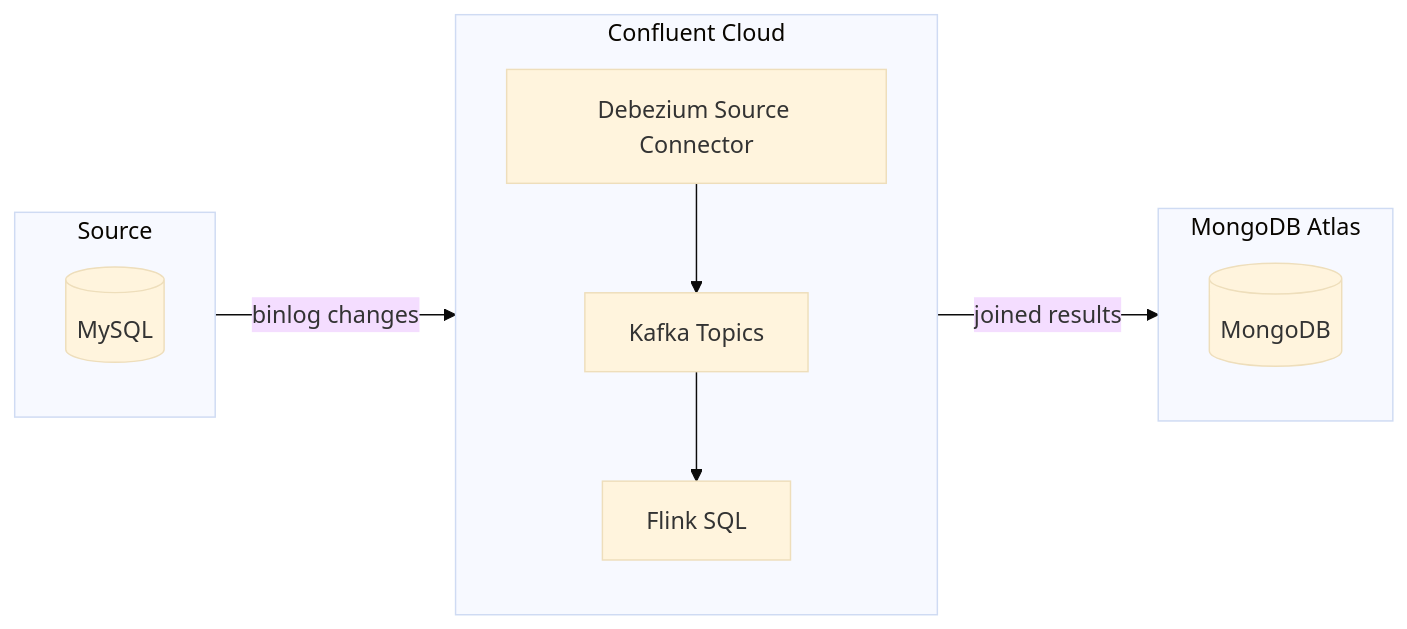
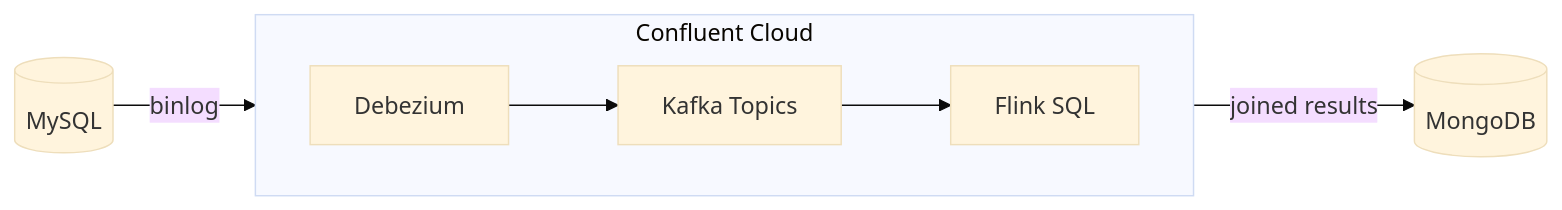
The first of 3 diagrams in content/backend/confluent-kafka-cdc-flink.md (kimduksoo/duksoo-tech-blog), drawn with Mermaid (base theme) before and after one commit. The commit also changed other lines of this file, not shown here.

Commit message:
fix: 컴포넌트 간 지연 다이어그램도 가로(LR) 배치

````diff
--- a/content/backend/confluent-kafka-cdc-flink.md
+++ b/content/backend/confluent-kafka-cdc-flink.md
@@ -16,22 +16,11 @@
 ```mermaid
 flowchart LR
-    subgraph Source
-        MySQL[(MySQL)]
+    MySQL[(MySQL)] -->|binlog| Debezium
+
+    subgraph Confluent["Confluent Cloud"]
+        direction LR
+        Debezium[Debezium] --> Kafka[Kafka Topics] --> Flink[Flink SQL]
     end
 
-    Source -->|binlog changes| CDC
-
-    subgraph CDC["Confluent Cloud"]
-        Debezium[Debezium Source Connector]
-        Kafka[Kafka Topics]
-        Flink[Flink SQL]
-        Debezium --> Kafka
-        Kafka --> Flink
-    end
-
-    CDC -->|joined results| Sink
-
-    subgraph Sink["MongoDB Atlas"]
-        MongoDB[(MongoDB)]
-    end
+    Flink -->|joined results| MongoDB[(MongoDB)]
 ```
````
